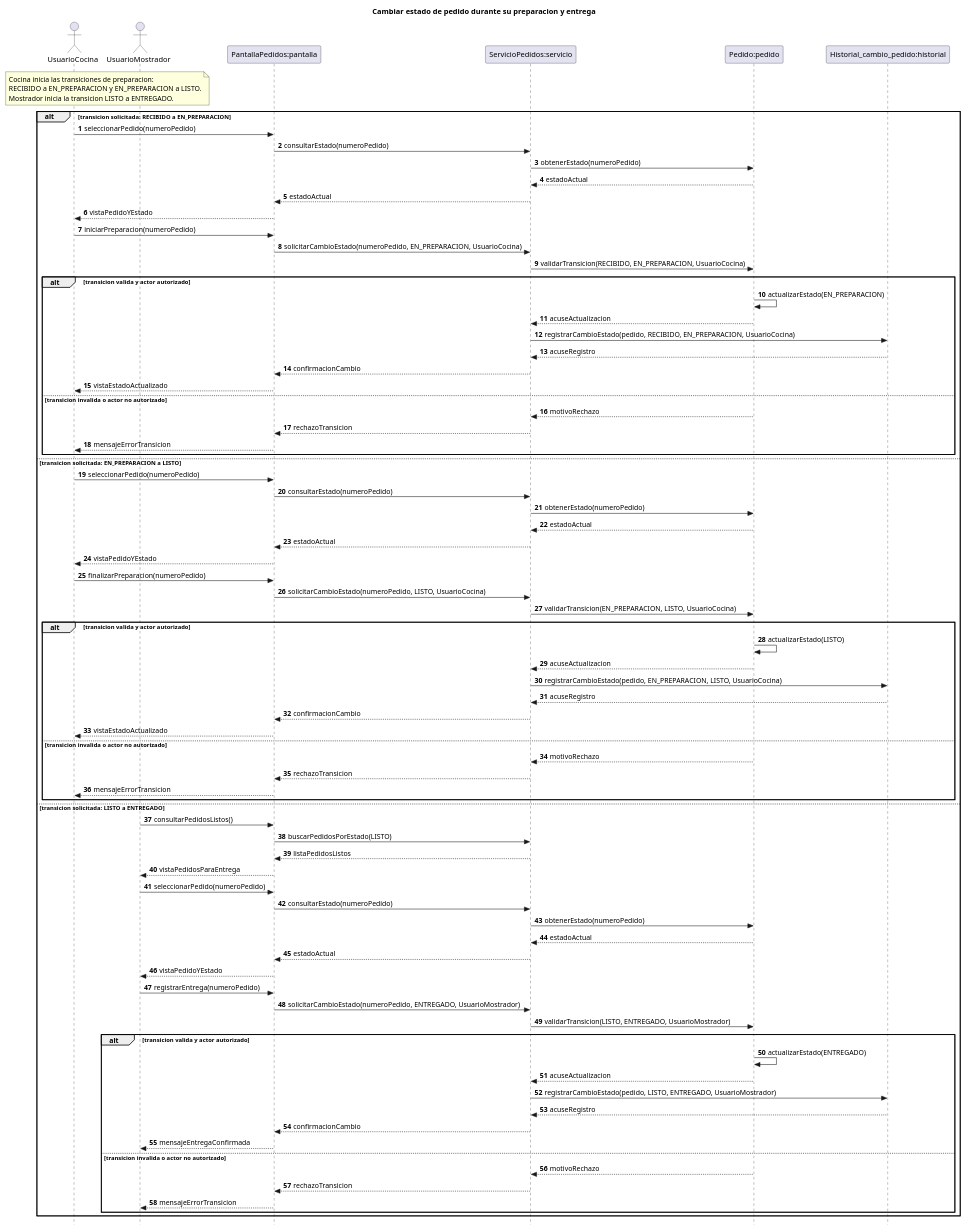
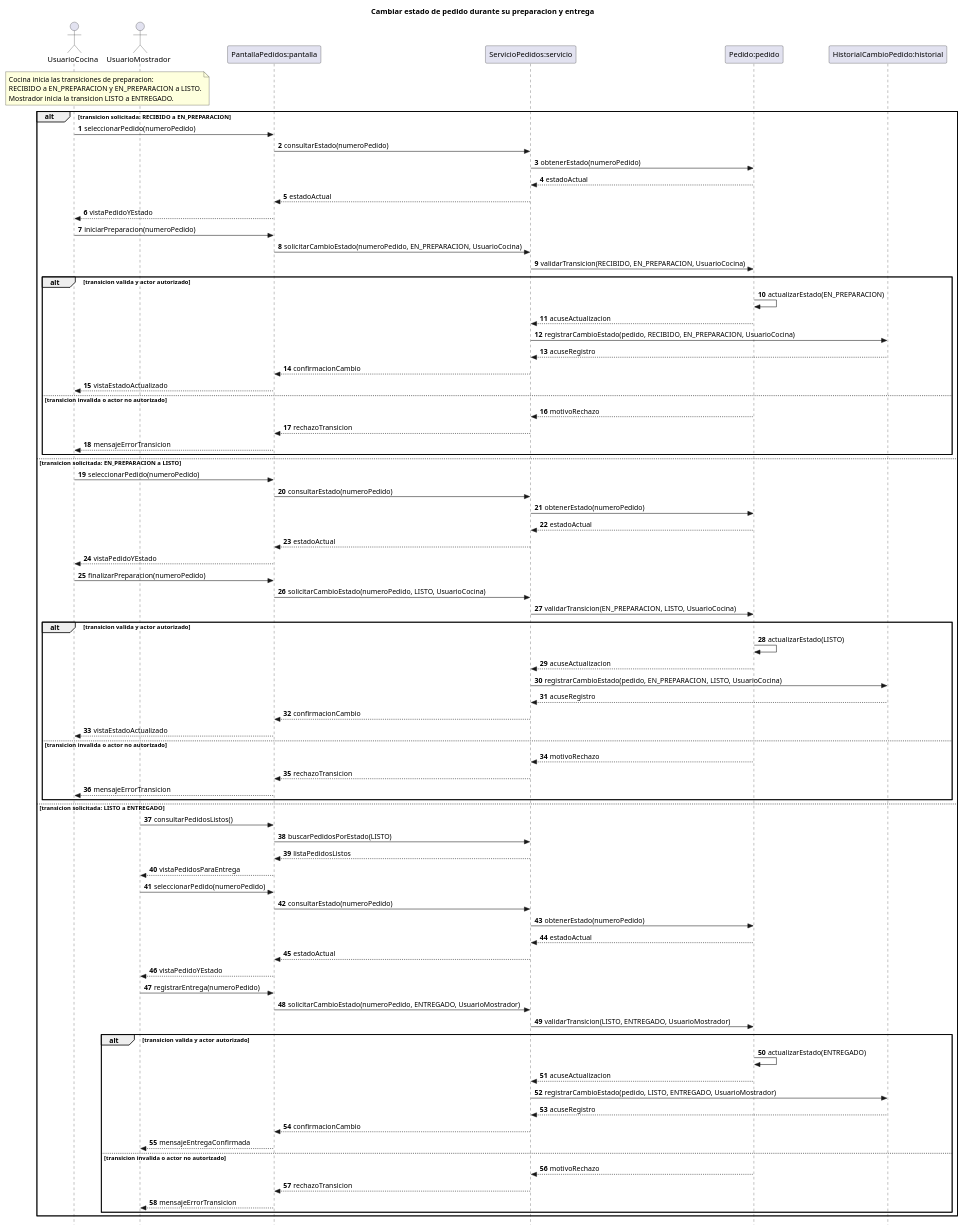
One commit to eloeyhe/SistemaPedidos changed the diagram in diagramas/05-diagramas-secuencia/05-secuencia-cambiar-estado-pedido-avance-preparacion-04.puml. Above: the diagram before and after it, drawn with PlantUML. The commit also changed 43 other files, not shown here.

```diff
--- a/diagramas/05-diagramas-secuencia/05-secuencia-cambiar-estado-pedido-avance-preparacion-04.puml
+++ b/diagramas/05-diagramas-secuencia/05-secuencia-cambiar-estado-pedido-avance-preparacion-04.puml
@@ -1,96 +1,96 @@
 @startuml
 title Cambiar estado de pedido durante su preparacion y entrega
 autonumber
 skinparam style strictuml
 hide footbox
 
 actor UsuarioCocina
 actor UsuarioMostrador
 participant "PantallaPedidos:pantalla" as pantalla
 participant "ServicioPedidos:servicio" as servicio
 participant "Pedido:pedido" as pedido
-participant "Historial_cambio_pedido:historial" as historial
+participant "HistorialCambioPedido:historial" as historial
 
 note over UsuarioCocina, UsuarioMostrador
     Cocina inicia las transiciones de preparacion:
     RECIBIDO a EN_PREPARACION y EN_PREPARACION a LISTO.
     Mostrador inicia la transicion LISTO a ENTREGADO.
 end note
 
 alt transicion solicitada: RECIBIDO a EN_PREPARACION
     UsuarioCocina -> pantalla : seleccionarPedido(numeroPedido)
     pantalla -> servicio : consultarEstado(numeroPedido)
     servicio -> pedido : obtenerEstado(numeroPedido)
     pedido --> servicio : estadoActual
     servicio --> pantalla : estadoActual
     pantalla --> UsuarioCocina : vistaPedidoYEstado
 
     UsuarioCocina -> pantalla : iniciarPreparacion(numeroPedido)
     pantalla -> servicio : solicitarCambioEstado(numeroPedido, EN_PREPARACION, UsuarioCocina)
     servicio -> pedido : validarTransicion(RECIBIDO, EN_PREPARACION, UsuarioCocina)
     alt transicion valida y actor autorizado
         pedido -> pedido : actualizarEstado(EN_PREPARACION)
         pedido --> servicio : acuseActualizacion
         servicio -> historial : registrarCambioEstado(pedido, RECIBIDO, EN_PREPARACION, UsuarioCocina)
         historial --> servicio : acuseRegistro
         servicio --> pantalla : confirmacionCambio
         pantalla --> UsuarioCocina : vistaEstadoActualizado
     else transicion invalida o actor no autorizado
         pedido --> servicio : motivoRechazo
         servicio --> pantalla : rechazoTransicion
         pantalla --> UsuarioCocina : mensajeErrorTransicion
     end
 
 else transicion solicitada: EN_PREPARACION a LISTO
     UsuarioCocina -> pantalla : seleccionarPedido(numeroPedido)
     pantalla -> servicio : consultarEstado(numeroPedido)
     servicio -> pedido : obtenerEstado(numeroPedido)
     pedido --> servicio : estadoActual
     servicio --> pantalla : estadoActual
     pantalla --> UsuarioCocina : vistaPedidoYEstado
 
     UsuarioCocina -> pantalla : finalizarPreparacion(numeroPedido)
     pantalla -> servicio : solicitarCambioEstado(numeroPedido, LISTO, UsuarioCocina)
     servicio -> pedido : validarTransicion(EN_PREPARACION, LISTO, UsuarioCocina)
     alt transicion valida y actor autorizado
         pedido -> pedido : actualizarEstado(LISTO)
         pedido --> servicio : acuseActualizacion
         servicio -> historial : registrarCambioEstado(pedido, EN_PREPARACION, LISTO, UsuarioCocina)
         historial --> servicio : acuseRegistro
         servicio --> pantalla : confirmacionCambio
         pantalla --> UsuarioCocina : vistaEstadoActualizado
     else transicion invalida o actor no autorizado
         pedido --> servicio : motivoRechazo
         servicio --> pantalla : rechazoTransicion
         pantalla --> UsuarioCocina : mensajeErrorTransicion
     end
 
 else transicion solicitada: LISTO a ENTREGADO
     UsuarioMostrador -> pantalla : consultarPedidosListos()
     pantalla -> servicio : buscarPedidosPorEstado(LISTO)
     servicio --> pantalla : listaPedidosListos
     pantalla --> UsuarioMostrador : vistaPedidosParaEntrega
     UsuarioMostrador -> pantalla : seleccionarPedido(numeroPedido)
     pantalla -> servicio : consultarEstado(numeroPedido)
     servicio -> pedido : obtenerEstado(numeroPedido)
     pedido --> servicio : estadoActual
     servicio --> pantalla : estadoActual
     pantalla --> UsuarioMostrador : vistaPedidoYEstado
 
     UsuarioMostrador -> pantalla : registrarEntrega(numeroPedido)
     pantalla -> servicio : solicitarCambioEstado(numeroPedido, ENTREGADO, UsuarioMostrador)
     servicio -> pedido : validarTransicion(LISTO, ENTREGADO, UsuarioMostrador)
     alt transicion valida y actor autorizado
         pedido -> pedido : actualizarEstado(ENTREGADO)
         pedido --> servicio : acuseActualizacion
         servicio -> historial : registrarCambioEstado(pedido, LISTO, ENTREGADO, UsuarioMostrador)
         historial --> servicio : acuseRegistro
         servicio --> pantalla : confirmacionCambio
         pantalla --> UsuarioMostrador : mensajeEntregaConfirmada
     else transicion invalida o actor no autorizado
         pedido --> servicio : motivoRechazo
         servicio --> pantalla : rechazoTransicion
         pantalla --> UsuarioMostrador : mensajeErrorTransicion
     end
 end
 @enduml
```
